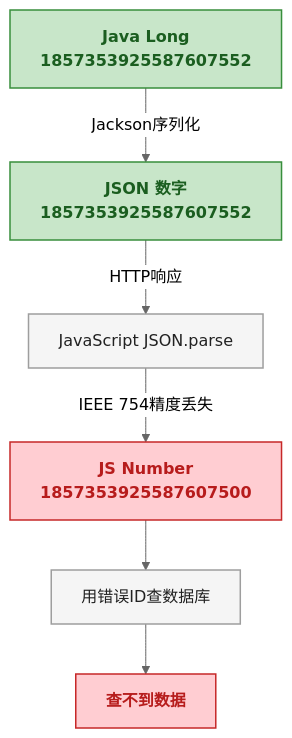
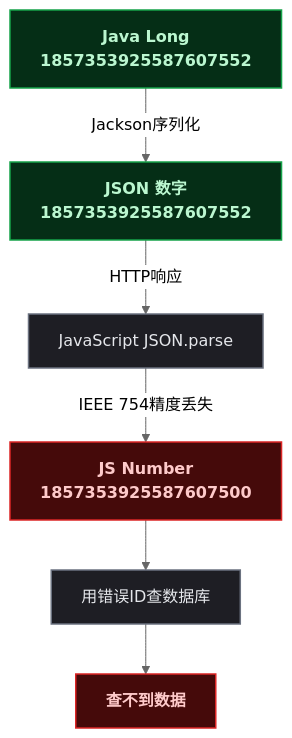
Before and after one commit to yaocat55/yaocat55.github.io: the first of 4 diagrams in content/posts/LongIdPrecisionLoss.md, drawn with Mermaid (neutral theme). The commit also changed other lines of this file and 155 other files, not shown here.

````diff
--- a/content/posts/LongIdPrecisionLoss.md
+++ b/content/posts/LongIdPrecisionLoss.md
@@ -56,23 +56,23 @@
 ```mermaid
 flowchart TD
-    classDef data fill:#C8E6C9,stroke:#388E3C,stroke-width:1.5px,color:#1B5E20,font-weight:bold;
-    classDef reject fill:#FFCDD2,stroke:#C62828,stroke-width:1.5px,color:#B71C1C,font-weight:bold;
-    classDef process fill:#F5F5F5,stroke:#9E9E9E,stroke-width:1.5px,color:#212121;
+classDef data fill:#052e16,stroke:#16a34a,stroke-width:1.5px,color:#bbf7d0,font-weight:bold;
+classDef reject fill:#450a0a,stroke:#dc2626,stroke-width:1.5px,color:#fecaca,font-weight:bold;
+classDef process fill:#1e1e24,stroke:#6b7280,stroke-width:1.5px,color:#e5e7eb;
 
-    JAVA[Java Long<br/>1857353925587607552]
-    JSON[JSON 数字<br/>1857353925587607552]
+    JAVA[Java Long\n1857353925587607552]
+    JSON[JSON 数字\n1857353925587607552]
     PARSE[JavaScript JSON.parse]
-    NUM[JS Number<br/>1857353925587607500]
+    NUM[JS Number\n1857353925587607500]
     QUERY[用错误ID查数据库]
     MISS[查不到数据]
 
     JAVA -->|Jackson序列化| JSON
     JSON -->|HTTP响应| PARSE
     PARSE -->|IEEE 754精度丢失| NUM
     NUM --> QUERY
     QUERY --> MISS
 
     class JAVA,JSON data;
     class NUM,MISS reject;
     class PARSE,QUERY process;
 ```
````
